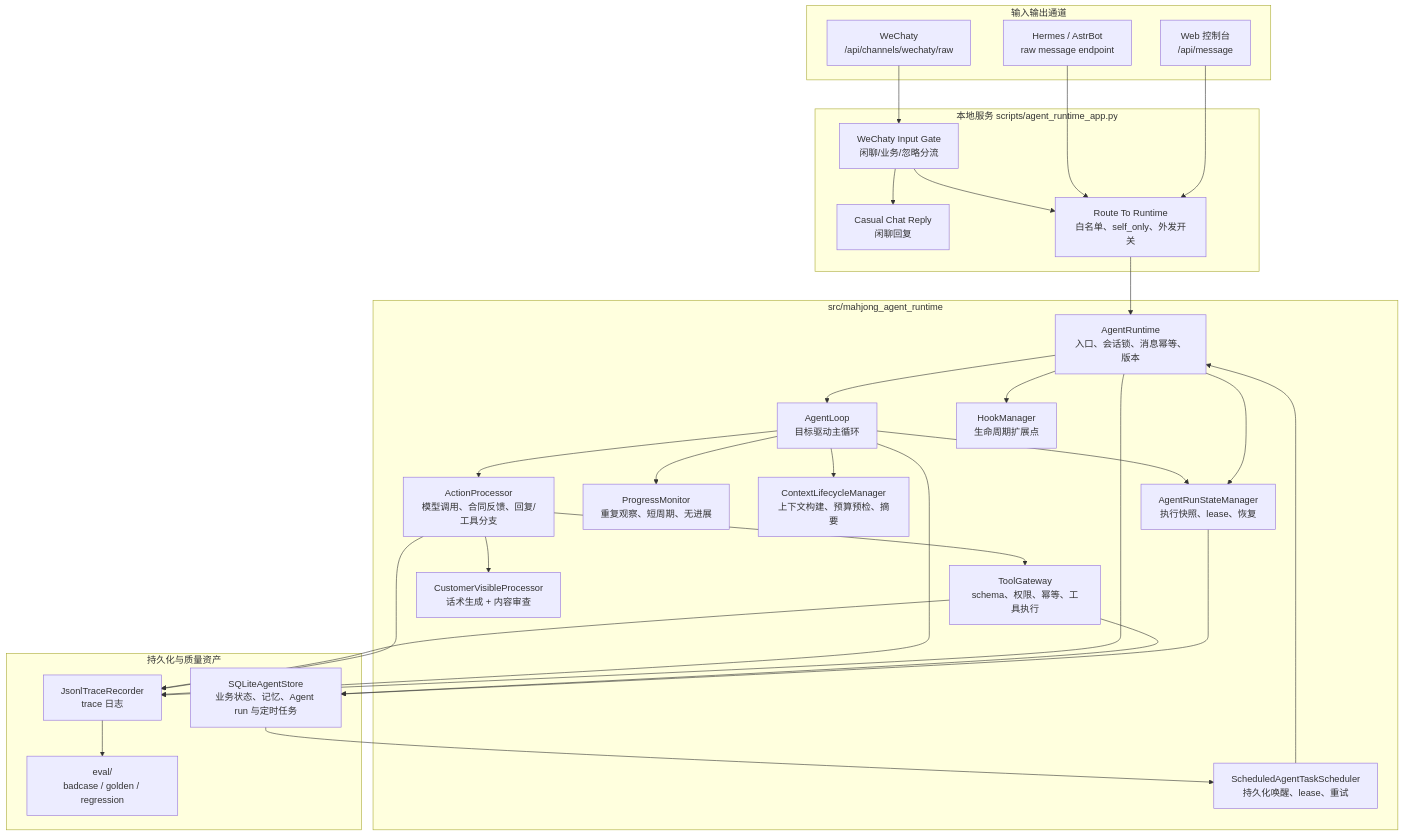
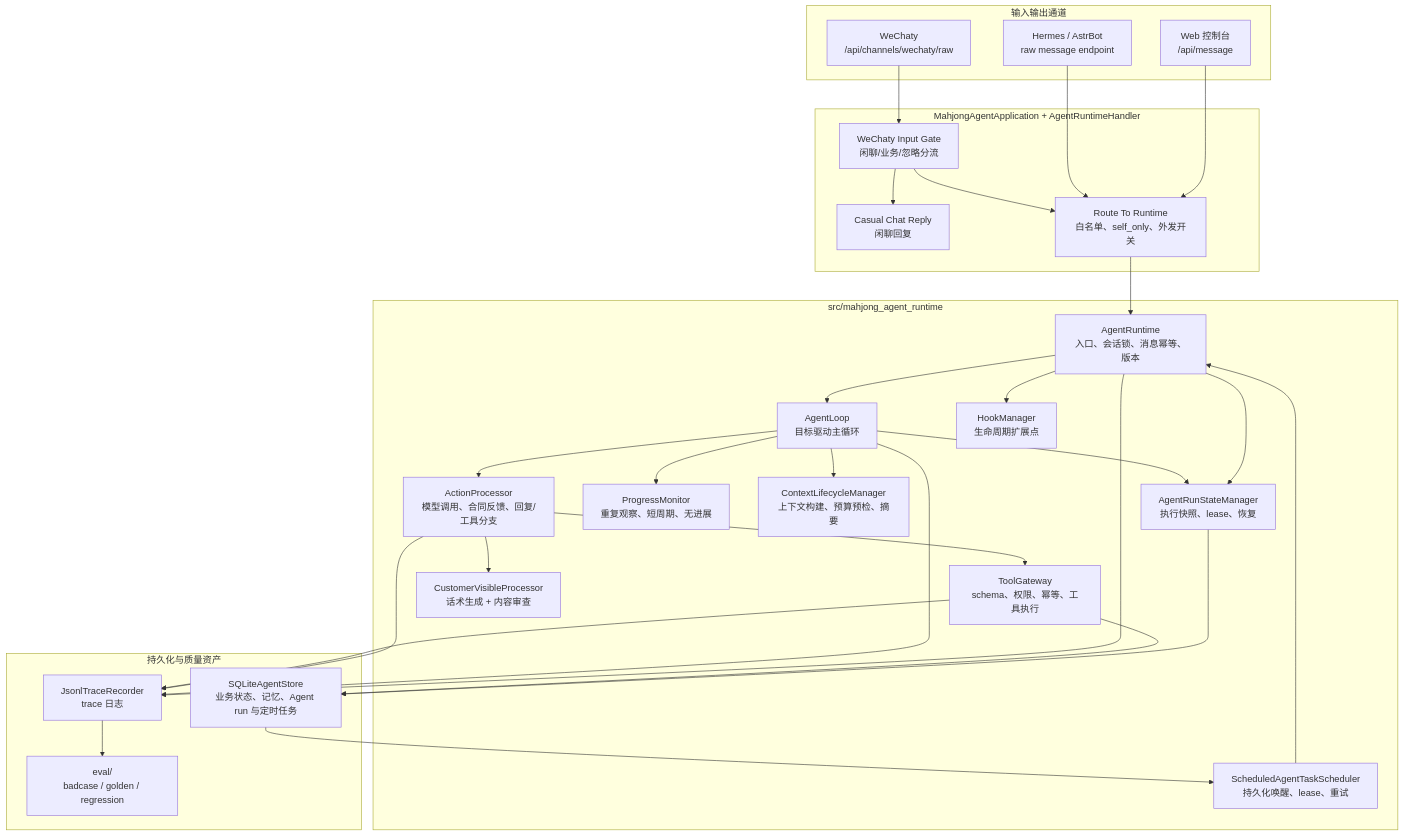
The first of 5 diagrams in docs/runtime_loop_design.md (Schatt3n/mahjong-ops-agent), drawn with Mermaid before and after one commit. The commit also changed other lines of this file and 25 other files, not shown here.

Commit message:
refactor: clarify agent runtime architecture

````diff
--- a/docs/runtime_loop_design.md
+++ b/docs/runtime_loop_design.md
@@ -25,58 +25,58 @@
 ```mermaid
 flowchart TB
   subgraph Channel["输入输出通道"]
     web["Web 控制台<br/>/api/message"]
     wechaty["WeChaty<br/>/api/channels/wechaty/raw"]
     hermes["Hermes / AstrBot<br/>raw message endpoint"]
   end
 
-  subgraph App["本地服务 scripts/agent_runtime_app.py"]
+  subgraph App["MahjongAgentApplication + AgentRuntimeHandler"]
     gate["WeChaty Input Gate<br/>闲聊/业务/忽略分流"]
     casual["Casual Chat Reply<br/>闲聊回复"]
     route["Route To Runtime<br/>白名单、self_only、外发开关"]
   end
 
   subgraph Runtime["src/mahjong_agent_runtime"]
     runtime["AgentRuntime<br/>入口、会话锁、消息幂等、版本"]
     loop["AgentLoop<br/>目标驱动主循环"]
     runstate["AgentRunStateManager<br/>执行快照、lease、恢复"]
     progress["ProgressMonitor<br/>重复观察、短周期、无进展"]
     lifecycle["ContextLifecycleManager<br/>上下文构建、预算预检、摘要"]
     processor["ActionProcessor<br/>模型调用、合同反馈、回复/工具分支"]
     gateway["ToolGateway<br/>schema、权限、幂等、工具执行"]
     visible["CustomerVisibleProcessor<br/>话术生成 + 内容审查"]
     hooks["HookManager<br/>生命周期扩展点"]
     scheduler["ScheduledAgentTaskScheduler<br/>持久化唤醒、lease、重试"]
   end
 
   subgraph Storage["持久化与质量资产"]
     sqlite["SQLiteAgentStore<br/>业务状态、记忆、Agent run 与定时任务"]
     trace["JsonlTraceRecorder<br/>trace 日志"]
     evals["eval/<br/>badcase / golden / regression"]
   end
 
   web --> route
   wechaty --> gate
   hermes --> route
   gate --> casual
   gate --> route
   route --> runtime
   runtime --> loop
   runtime --> runstate
   loop --> runstate
   runstate --> sqlite
   loop --> progress
   loop --> lifecycle
   loop --> processor
   processor --> visible
   processor --> gateway
   gateway --> sqlite
   runtime --> trace
   loop --> trace
   processor --> trace
   gateway --> trace
   trace --> evals
   runtime --> hooks
   sqlite --> scheduler
   scheduler --> runtime
 ```
````
